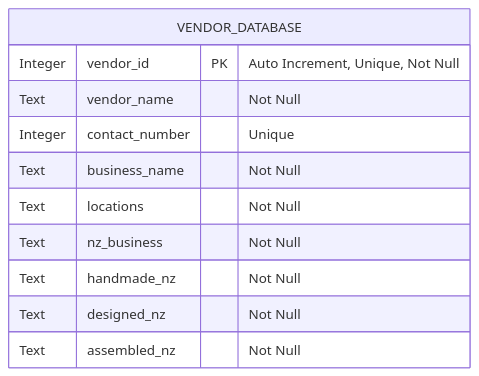
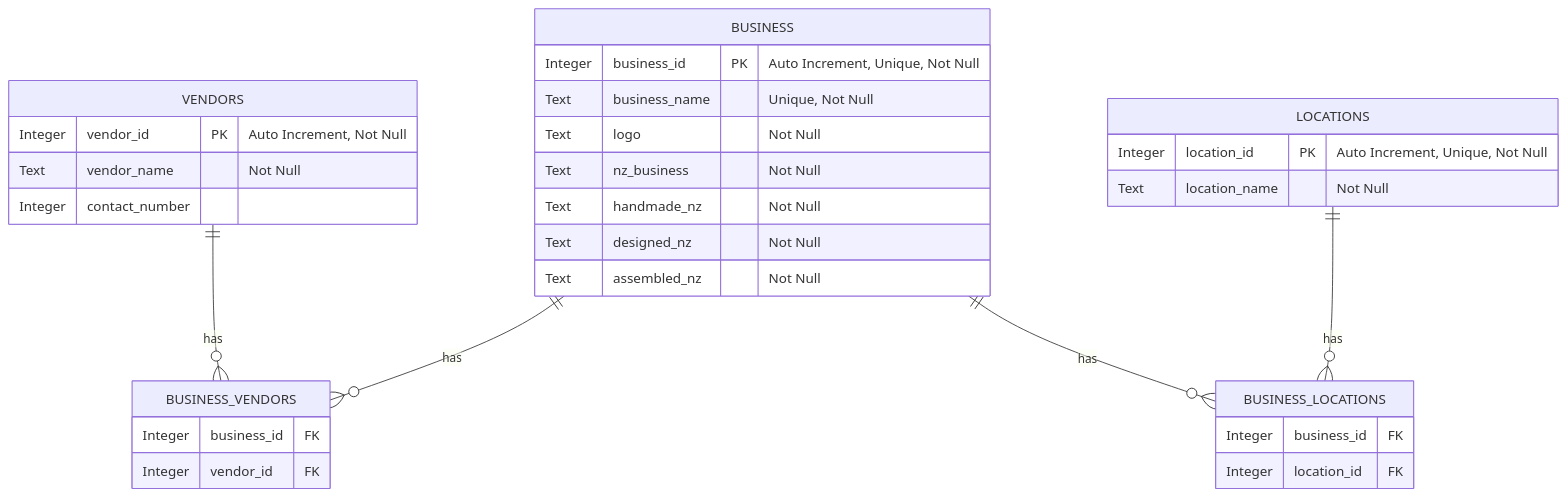
The diagram in architecture/database.mmd (thomasem1369/12CSP_Flask), drawn with Mermaid before and after one commit. The commit also changed 36 other files, not shown here.

```diff
--- a/architecture/database.mmd
+++ b/architecture/database.mmd
@@ -1,13 +1,38 @@
 erDiagram
 
-    VENDOR_DATABASE {
-        Integer vendor_id PK "Auto Increment, Unique, Not Null"
+    VENDORS ||--o{ BUSINESS_VENDORS : "has"
+    BUSINESS ||--o{ BUSINESS_VENDORS : "has"
+
+    BUSINESS ||--o{ BUSINESS_LOCATIONS : "has"
+    LOCATIONS ||--o{ BUSINESS_LOCATIONS : "has"
+    
+    VENDORS {
+        Integer vendor_id PK "Auto Increment, Not Null"
         Text vendor_name "Not Null"
-        Integer contact_number "Unique"
-        Text business_name "Not Null"
-        Text locations "Not Null"
+        Integer contact_number
+    }
+
+    BUSINESS {
+        Integer business_id PK "Auto Increment, Unique, Not Null"
+        Text business_name "Unique, Not Null"
+        Text logo "Not Null"
         Text nz_business "Not Null"
         Text handmade_nz "Not Null"
         Text designed_nz "Not Null"
         Text assembled_nz "Not Null"
     }
+
+    LOCATIONS {
+        Integer location_id PK "Auto Increment, Unique, Not Null"
+        Text location_name "Not Null"
+    }
+
+    BUSINESS_VENDORS {
+        Integer business_id FK
+        Integer vendor_id FK
+    }
+
+    BUSINESS_LOCATIONS {
+        Integer business_id FK
+        Integer location_id FK
+    }
```
